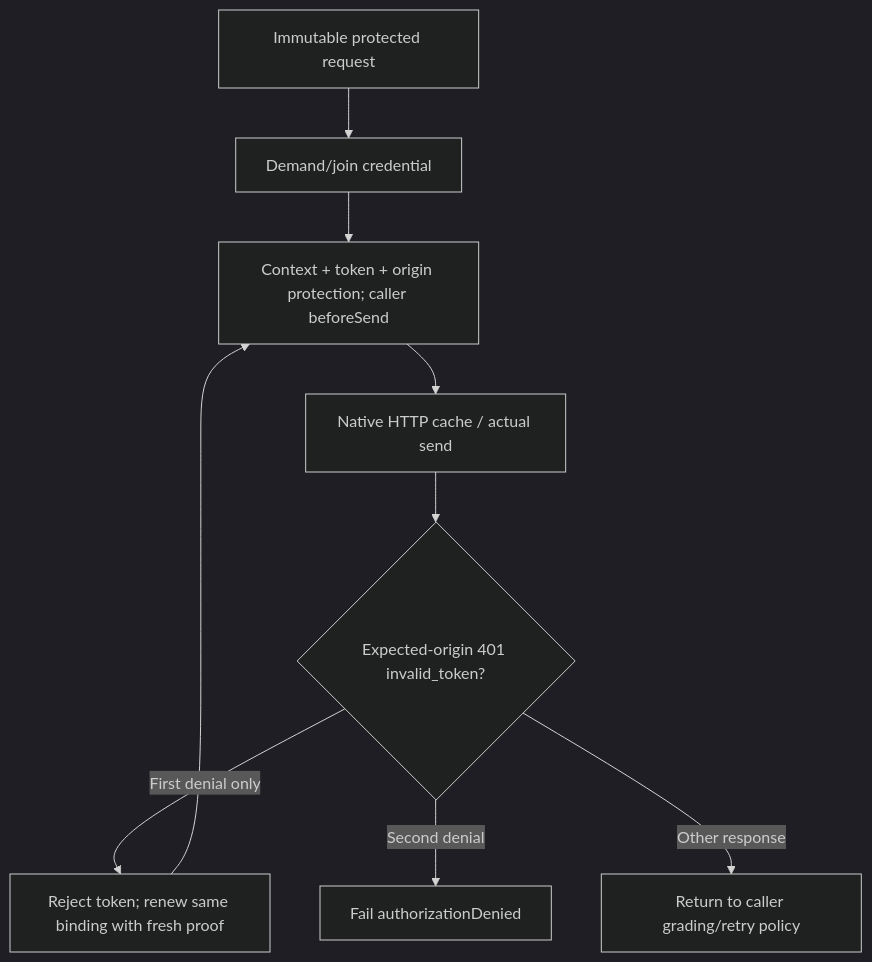
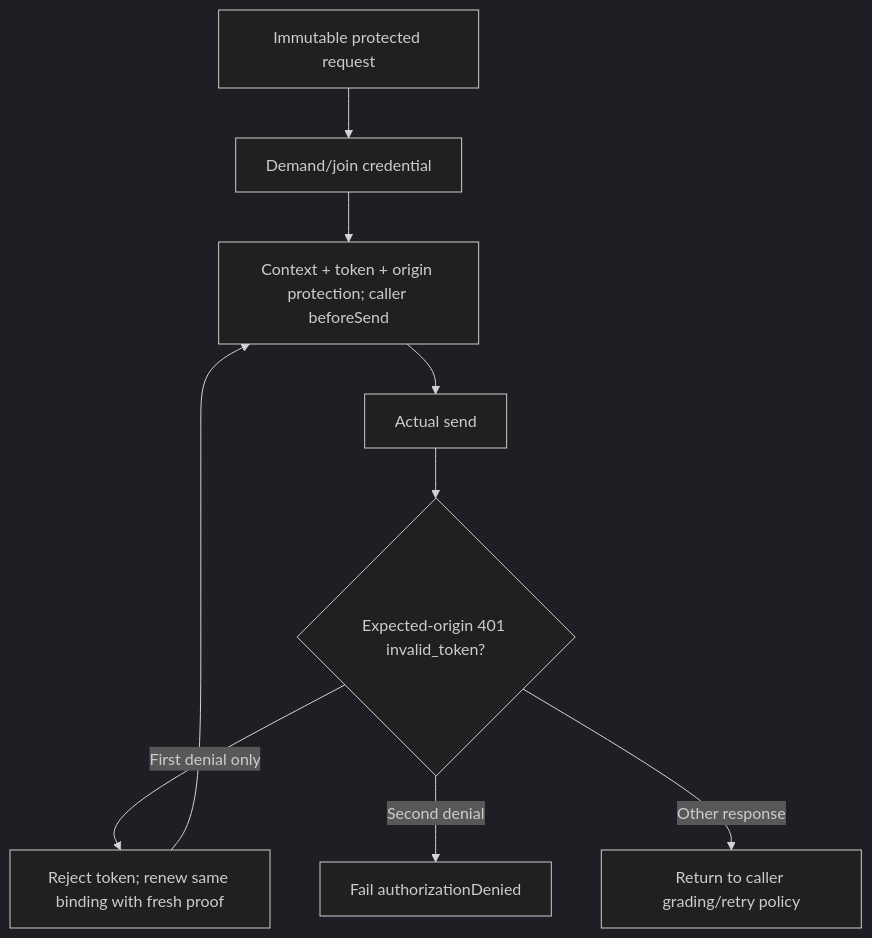
One commit to novasamatech/nova-wallet-ios changed the sixth of 8 diagrams in .claude/docs/architecture/novaauth-client-diagrams.md. Above: the diagram before and after it, drawn with Mermaid (dark theme). The commit also changed other lines of this file and 5 other files, not shown here.

````diff
--- a/.claude/docs/architecture/novaauth-client-diagrams.md
+++ b/.claude/docs/architecture/novaauth-client-diagrams.md
@@ -220,11 +219,11 @@
 ```mermaid
 flowchart TB
   D["Immutable protected request"] --> A["Demand/join credential"]
   A --> F["Context + token + origin protection; caller beforeSend"]
-  F --> S["Native HTTP cache / actual send"]
+  F --> S["Actual send"]
   S --> R{"Expected-origin 401 invalid_token?"}
   R -- "First denial only" --> N["Reject token; renew same binding with fresh proof"]
   N --> F
   R -- "Second denial" --> E["Fail authorizationDenied"]
   R -- "Other response" --> C["Return to caller grading/retry policy"]
 ```
````
